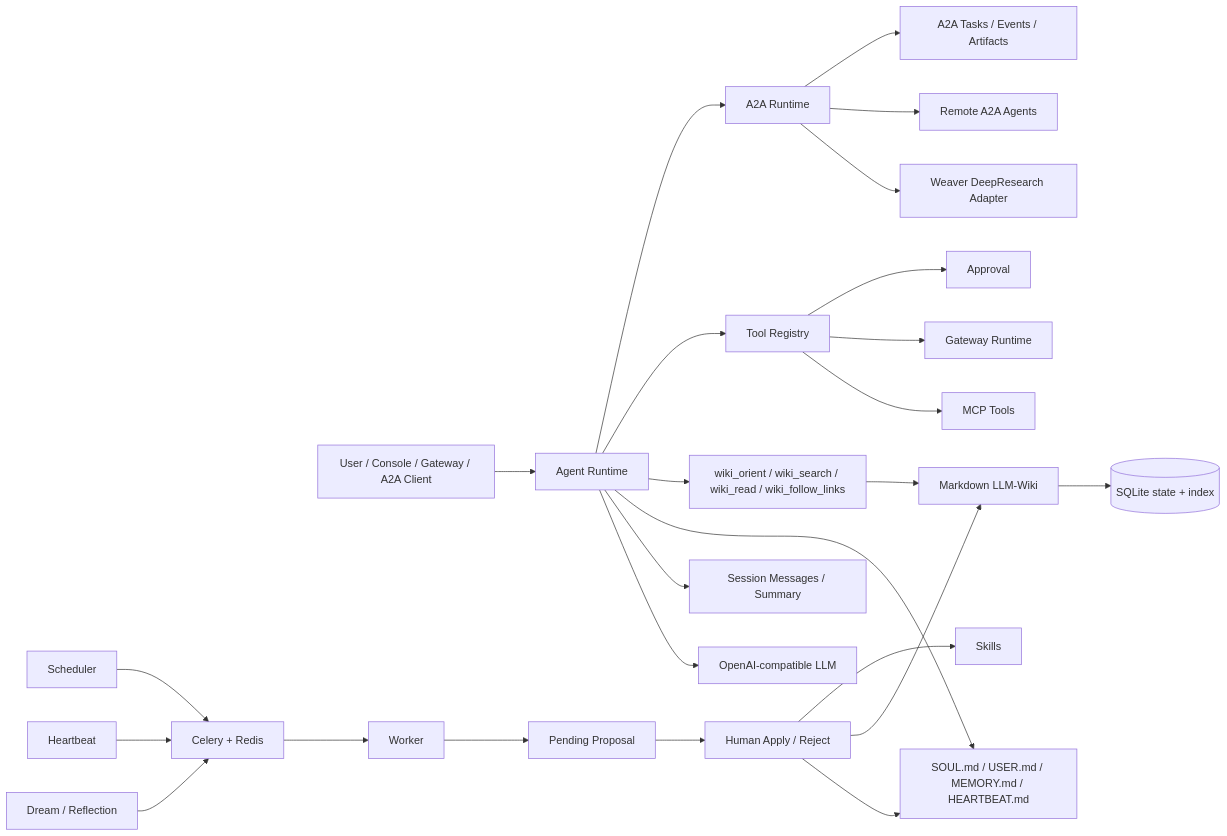
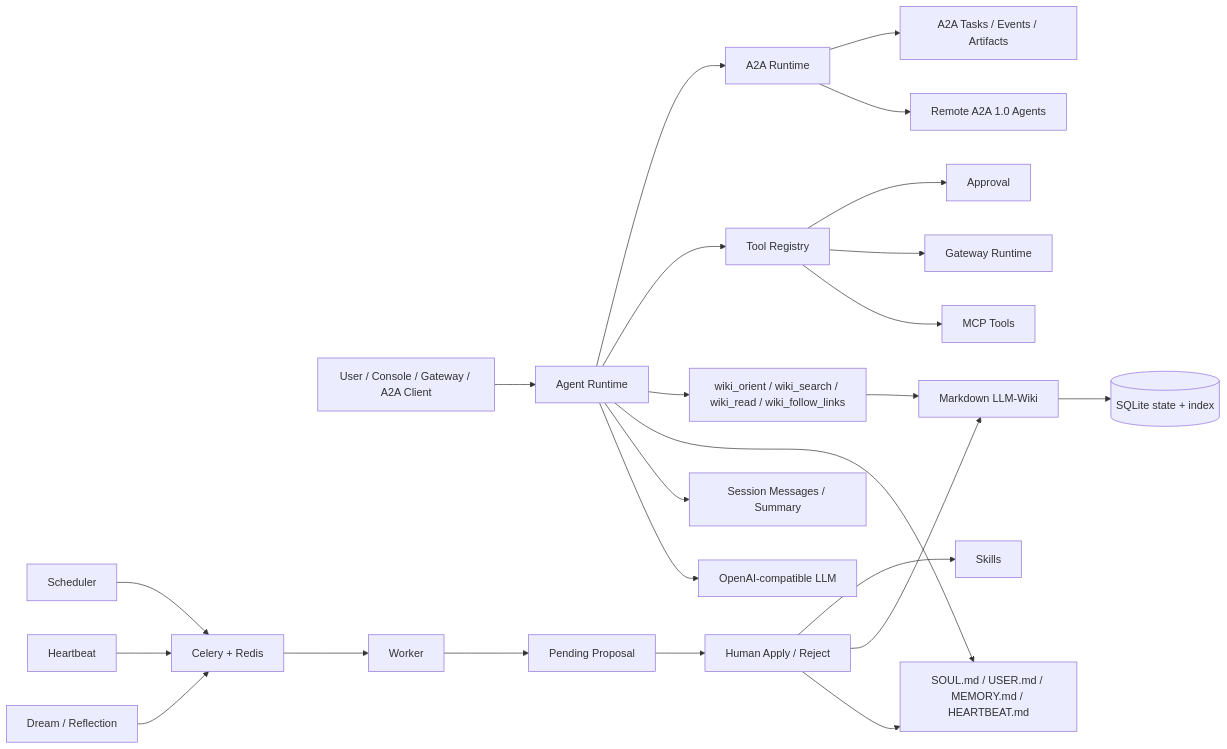
One commit to LittleSongxx/SoulClaw changed the diagram in README.en.md. Above: the diagram before and after it, drawn with Mermaid. The commit also changed other lines of this file and 30 other files, not shown here.

````diff
--- a/README.en.md
+++ b/README.en.md
@@ -18,27 +18,26 @@
 ```mermaid
 flowchart LR
     User[User / Console / Gateway / A2A Client] --> Agent[Agent Runtime]
     Agent --> LLM[OpenAI-compatible LLM]
     Agent --> Conv[Session Messages / Summary]
     Agent --> Files[SOUL.md / USER.md / MEMORY.md / HEARTBEAT.md]
     Agent --> WikiTools[wiki_orient / wiki_search / wiki_read / wiki_follow_links]
     WikiTools --> Wiki[Markdown LLM-Wiki]
     Wiki --> SQLite[(SQLite state + index)]
     Agent --> Tools[Tool Registry]
     Tools --> MCP[MCP Tools]
     Tools --> Gateway[Gateway Runtime]
     Tools --> Approval[Approval]
     Agent --> A2A[A2A Runtime]
-    A2A --> Weaver[Weaver DeepResearch Adapter]
-    A2A --> Remote[Remote A2A Agents]
+    A2A --> Remote[Remote A2A 1.0 Agents]
     A2A --> Artifacts[A2A Tasks / Events / Artifacts]
     Dream[Dream / Reflection] --> Queue[Celery + Redis]
     Heartbeat[Heartbeat] --> Queue
     Scheduler[Scheduler] --> Queue
     Queue --> Worker[Worker]
     Worker --> Proposal[Pending Proposal]
     Proposal --> Human[Human Apply / Reject]
     Human --> Files
     Human --> Wiki
     Human --> Skills
 ```
````
